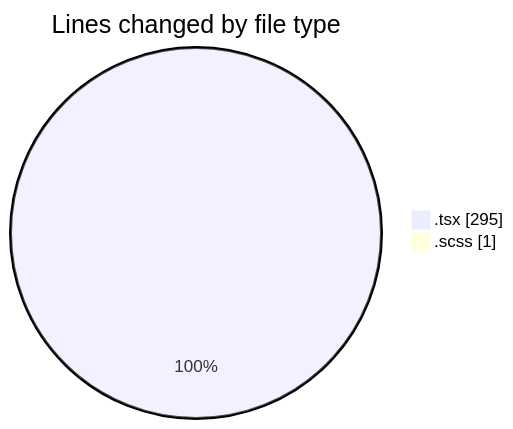
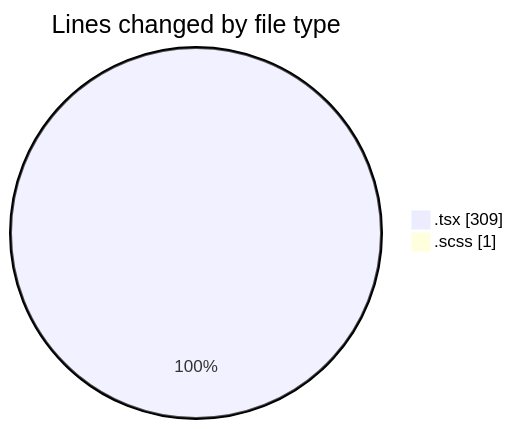
Before and after one commit to momahboobian/code-tracking: the first of 2 diagrams in 2025-03-19/cda/README.md, drawn with Mermaid. The commit also changed other lines of this file and 1 other file, not shown here.

````diff
--- a/2025-03-19/cda/README.md
+++ b/2025-03-19/cda/README.md
@@ -23,6 +23,6 @@
 ```mermaid
 pie showData
 title Lines changed by file type
-".tsx" : 295
+".tsx" : 309
 ".scss" : 1
 ```
````
